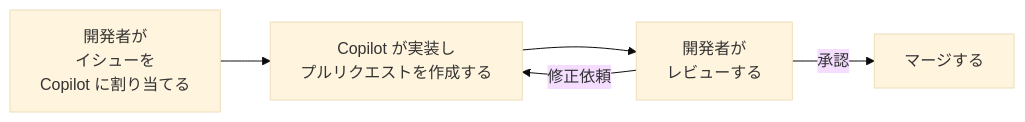
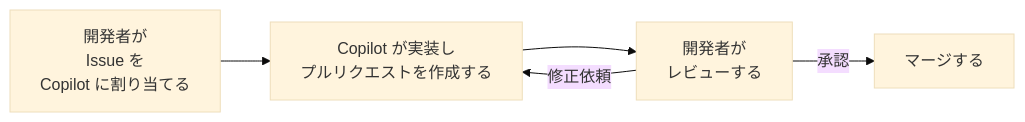
One commit to xclang-brain/document changed the diagram in svn-to-github-migration/diagrams/03-copilot-1.mmd. Above: the diagram before and after it, drawn with Mermaid (base theme). The commit also changed 11 other files, not shown here.

First line of the commit message:
移行説明資料：Issue の表記と図を修正

```diff
--- a/svn-to-github-migration/diagrams/03-copilot-1.mmd
+++ b/svn-to-github-migration/diagrams/03-copilot-1.mmd
@@ -1,4 +1,4 @@
 flowchart LR
-    A["開発者が<br/>イシューを<br/>Copilot に割り当てる"] --> B["Copilot が実装し<br/>プルリクエストを作成する"] --> C["開発者が<br/>レビューする"]
+    A["開発者が<br/>Issue を<br/>Copilot に割り当てる"] --> B["Copilot が実装し<br/>プルリクエストを作成する"] --> C["開発者が<br/>レビューする"]
     C -->|修正依頼| B
     C -->|承認| D["マージする"]
```
